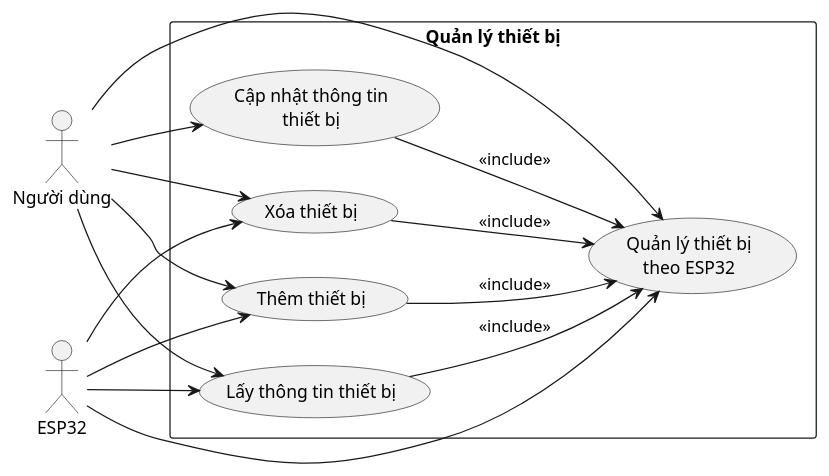
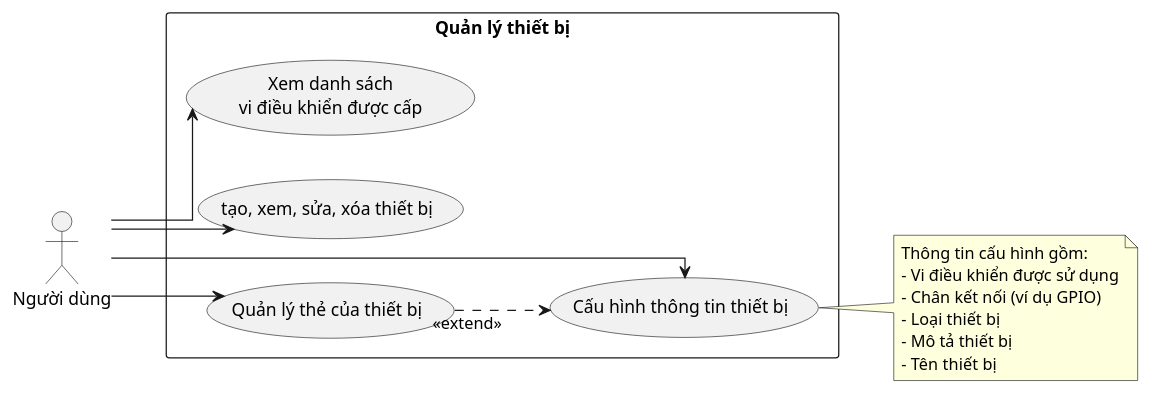
Before and after one commit to Minh-Quan-dz123/NAVOIT---Natural-language-based-Multi-device-AIoT-System-Control: the diagram in docs/Usecase/thietbi.puml, drawn with PlantUML. The commit also changed other lines of this file and 149 other files, not shown here.

```diff
--- a/docs/Usecase/thietbi.puml
+++ b/docs/Usecase/thietbi.puml
@@ -1,32 +2,39 @@
 @startuml
 left to right direction
+skinparam shadowing false
+skinparam packageStyle rectangle
+skinparam linetype ortho
 
 actor "Người dùng" as User
-actor "ESP32" as ESP32
 
 rectangle "Quản lý thiết bị" {
 
-    usecase "Thêm thiết bị" as UC1
-    usecase "Xóa thiết bị" as UC2
-    usecase "Cập nhật thông tin\nthiết bị" as UC3
-    usecase "Lấy thông tin thiết bị" as UC4
-    usecase "Quản lý thiết bị\ntheo ESP32" as UC5
+    usecase "Xem danh sách\nvi điều khiển được cấp" as UC_ListMCU
+
+    usecase "tạo, xem, sửa, xóa thiết bị" as UC_CRUD
+
+    usecase "Cấu hình thông tin thiết bị" as UC_Config
+
+    usecase "Quản lý thẻ của thiết bị" as UC_GenerateTag
+
 }
 
-User --> UC1
-User --> UC2
-User --> UC3
-User --> UC4
-User --> UC5
+User --> UC_ListMCU
+User --> UC_CRUD
+User --> UC_GenerateTag
+User --> UC_Config
 
-ESP32 --> UC1
-ESP32 --> UC2
-ESP32 --> UC4
-ESP32 --> UC5
+UC_GenerateTag ..> UC_Config: <<extend>>
 
-UC1 --> UC5 : <<include>>
-UC2 --> UC5 : <<include>>
-UC3 --> UC5 : <<include>>
-UC4 --> UC5 : <<include>>
+
+
+note right of UC_Config
+  Thông tin cấu hình gồm:
+  - Vi điều khiển được sử dụng
+  - Chân kết nối (ví dụ GPIO)
+  - Loại thiết bị 
+  - Mô tả thiết bị
+  - Tên thiết bị
+end note
 
 @enduml
```
